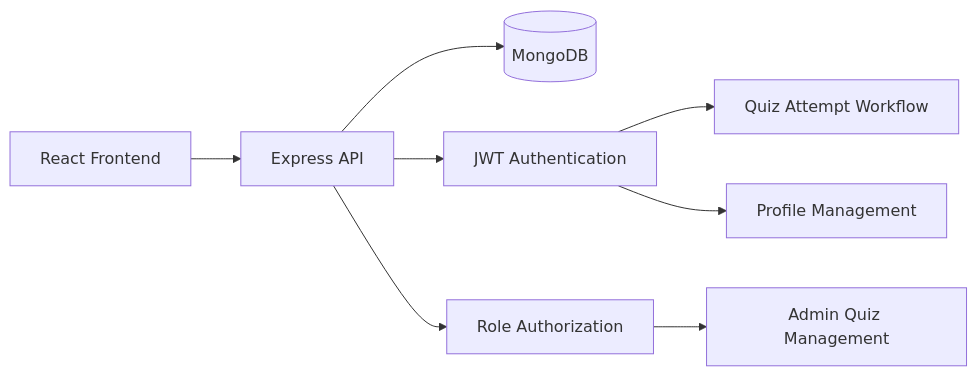
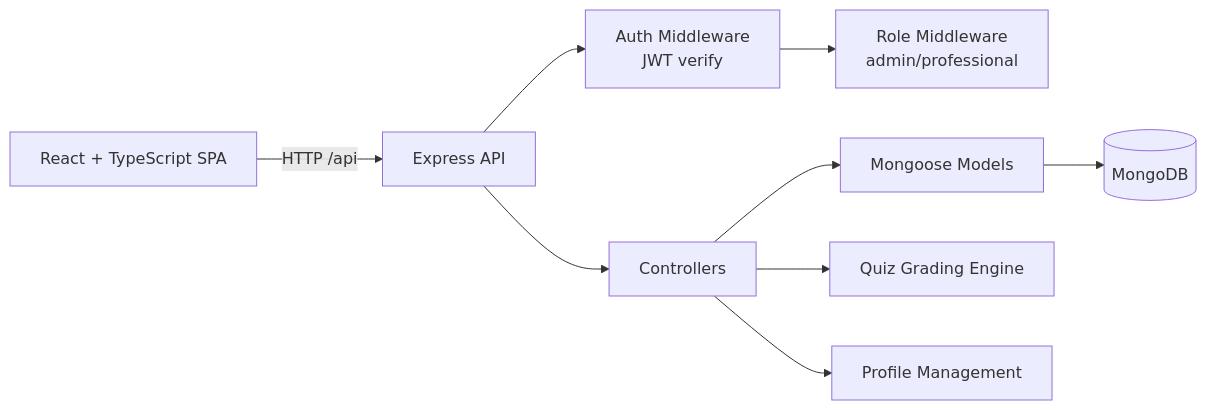
The first of 3 diagrams in README.md (akirakaori/BrainBuzz), drawn with Mermaid before and after one commit. The commit also changed other lines of this file, not shown here.

````diff
--- a/README.md
+++ b/README.md
@@ -56,11 +81,14 @@
 ```mermaid
 flowchart LR
-    A[React Frontend] --> B[Express API]
-    B --> C[(MongoDB)]
-    B --> D[JWT Authentication]
-    B --> E[Role Authorization]
+        A[React + TypeScript SPA] -->|HTTP /api| B[Express API]
+        B --> C[Auth Middleware
+JWT verify]
+        C --> D[Role Middleware
+admin/professional]
+        B --> E[Controllers]
+        E --> F[Mongoose Models]
+        F --> G[(MongoDB)]
 
-    E --> F[Admin Quiz Management]
-    D --> G[Quiz Attempt Workflow]
-    D --> H[Profile Management]
+        E --> H[Quiz Grading Engine]
+        E --> I[Profile Management]
 ```
````
